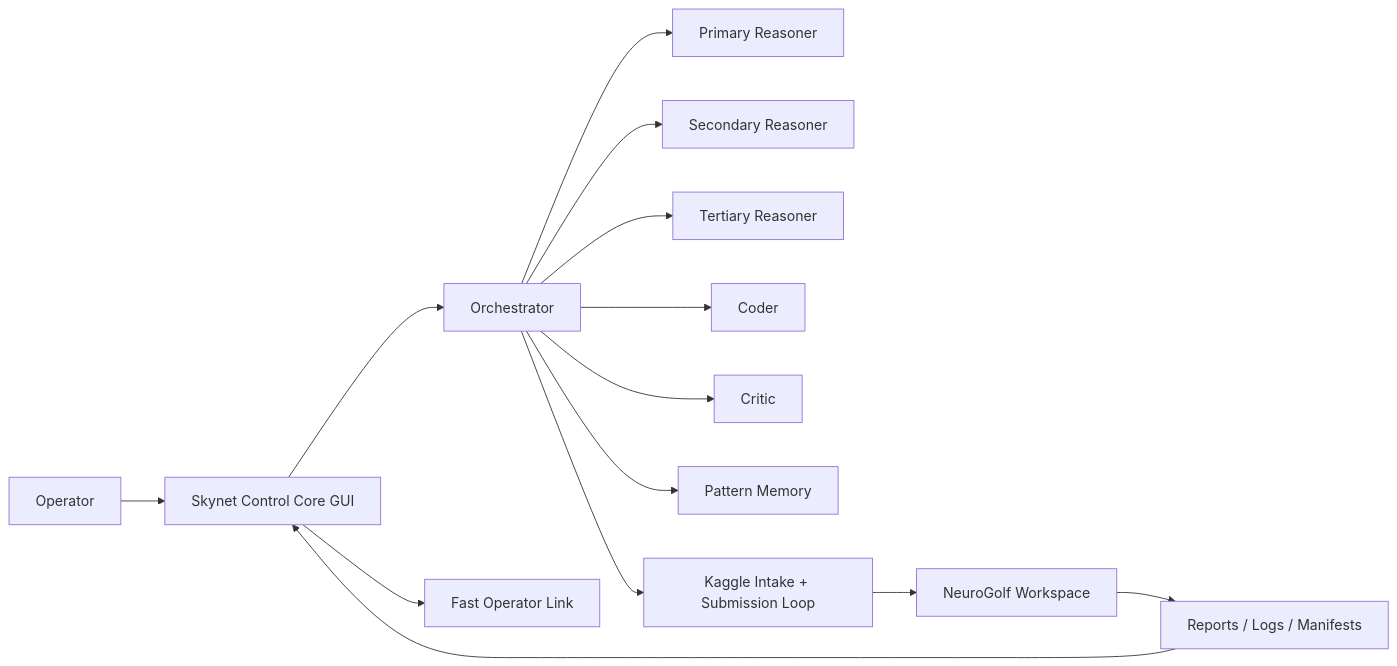
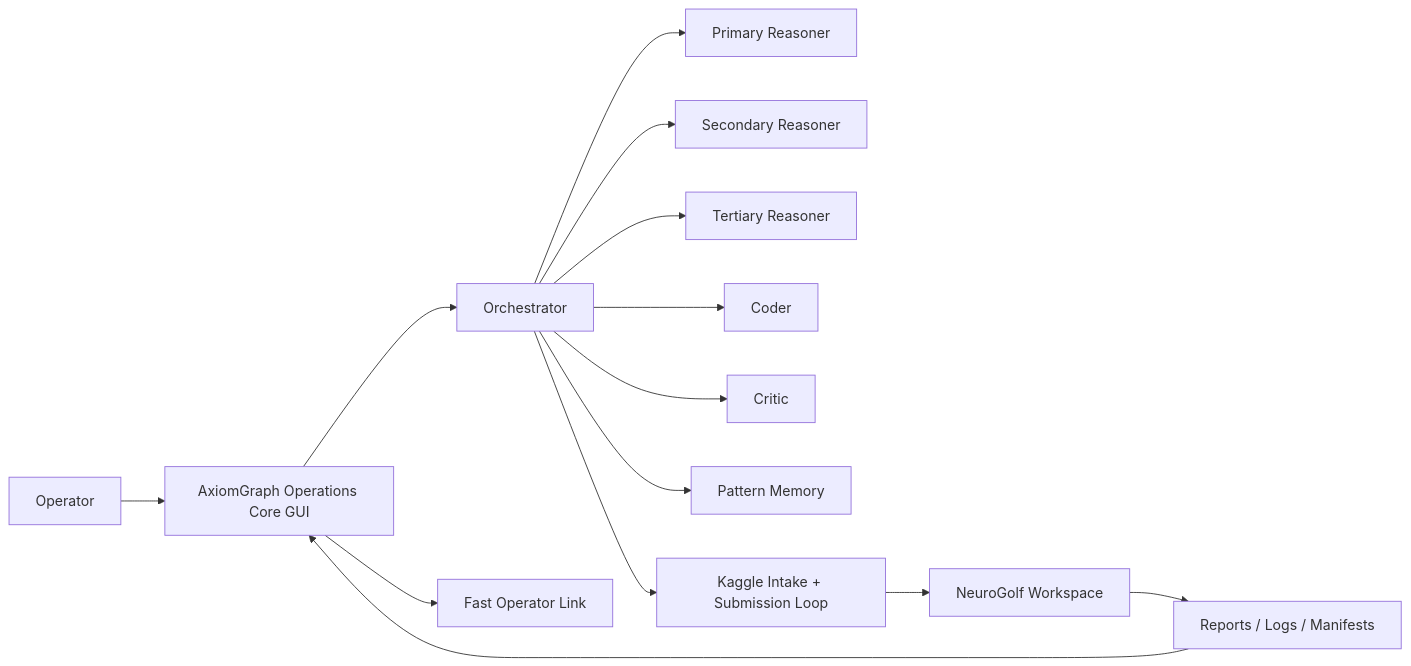
Before and after one commit to hyper10203/Skynet-Control-Core: the diagram in README.md, drawn with Mermaid. The commit also changed other lines of this file and 14 other files, not shown here.

````diff
--- a/README.md
+++ b/README.md
@@ -61,16 +61,16 @@
 ```mermaid
 flowchart LR
-    User["Operator"] --> GUI["Skynet Control Core GUI"]
+    User["Operator"] --> GUI["AxiomGraph Operations Core GUI"]
     GUI --> Orch["Orchestrator"]
     GUI --> Fast["Fast Operator Link"]
     Orch --> R1["Primary Reasoner"]
     Orch --> R2["Secondary Reasoner"]
     Orch --> R3["Tertiary Reasoner"]
     Orch --> Coder["Coder"]
     Orch --> Critic["Critic"]
     Orch --> Memory["Pattern Memory"]
     Orch --> Kaggle["Kaggle Intake + Submission Loop"]
     Kaggle --> NG["NeuroGolf Workspace"]
     NG --> Reports["Reports / Logs / Manifests"]
     Reports --> GUI
 ```
````
